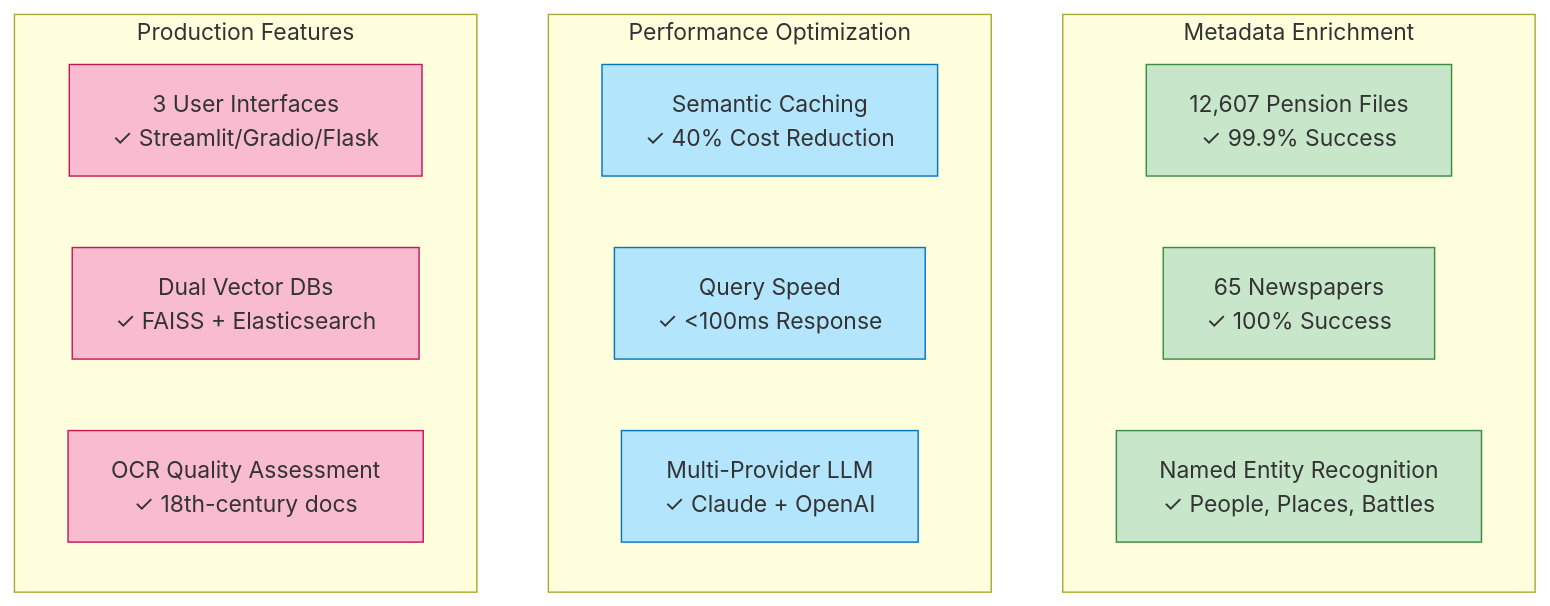
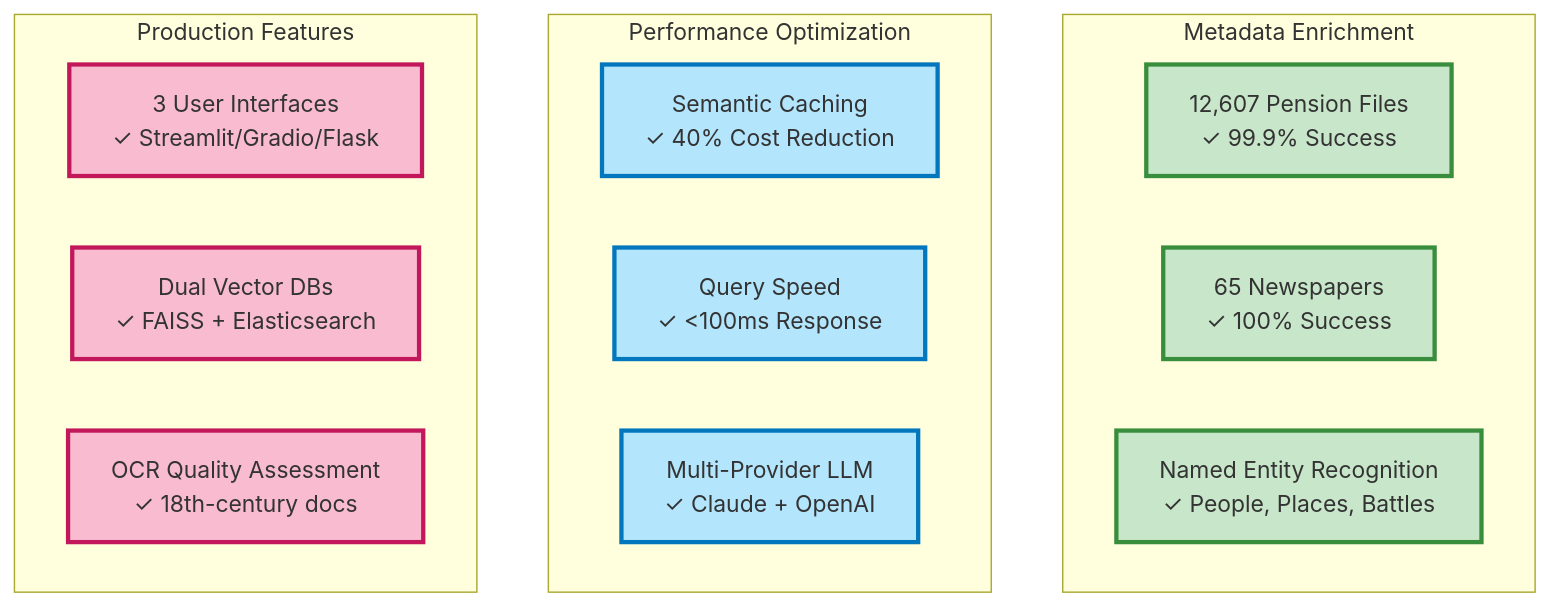
One commit to jkcrosby3/rag-app changed the fifth of 6 diagrams in docs/ARCHITECTURE_PRESENTATION.md. Above: the diagram before and after it, drawn with Mermaid. The commit also changed other lines of this file and 1 other file, not shown here.

First line of the commit message:
Fix Mermaid diagram syntax errors in architecture docs

````diff
--- a/docs/ARCHITECTURE_PRESENTATION.md
+++ b/docs/ARCHITECTURE_PRESENTATION.md
@@ -119,30 +120,30 @@
 ```mermaid
 graph TB
     subgraph "Metadata Enrichment"
         A1[12,607 Pension Files<br/>✓ 99.9% Success]
         A2[65 Newspapers<br/>✓ 100% Success]
         A3[Named Entity Recognition<br/>✓ People, Places, Battles]
     end
     
     subgraph "Performance Optimization"
         B1[Semantic Caching<br/>✓ 40% Cost Reduction]
         B2[Query Speed<br/>✓ <100ms Response]
         B3[Multi-Provider LLM<br/>✓ Claude + OpenAI]
     end
     
     subgraph "Production Features"
         C1[3 User Interfaces<br/>✓ Streamlit/Gradio/Flask]
         C2[Dual Vector DBs<br/>✓ FAISS + Elasticsearch]
         C3[OCR Quality Assessment<br/>✓ 18th-century docs]
     end
     
-    style A1 fill:#c8e6c9,stroke:#388e3c
-    style A2 fill:#c8e6c9,stroke:#388e3c
-    style A3 fill:#c8e6c9,stroke:#388e3c
-    style B1 fill:#b3e5fc,stroke:#0277bd
-    style B2 fill:#b3e5fc,stroke:#0277bd
-    style B3 fill:#b3e5fc,stroke:#0277bd
-    style C1 fill:#f8bbd0,stroke:#c2185b
-    style C2 fill:#f8bbd0,stroke:#c2185b
-    style C3 fill:#f8bbd0,stroke:#c2185b
+    style A1 fill:#c8e6c9,stroke:#388e3c,stroke-width:3px
+    style A2 fill:#c8e6c9,stroke:#388e3c,stroke-width:3px
+    style A3 fill:#c8e6c9,stroke:#388e3c,stroke-width:3px
+    style B1 fill:#b3e5fc,stroke:#0277bd,stroke-width:3px
+    style B2 fill:#b3e5fc,stroke:#0277bd,stroke-width:3px
+    style B3 fill:#b3e5fc,stroke:#0277bd,stroke-width:3px
+    style C1 fill:#f8bbd0,stroke:#c2185b,stroke-width:3px
+    style C2 fill:#f8bbd0,stroke:#c2185b,stroke-width:3px
+    style C3 fill:#f8bbd0,stroke:#c2185b,stroke-width:3px
 ```
````
